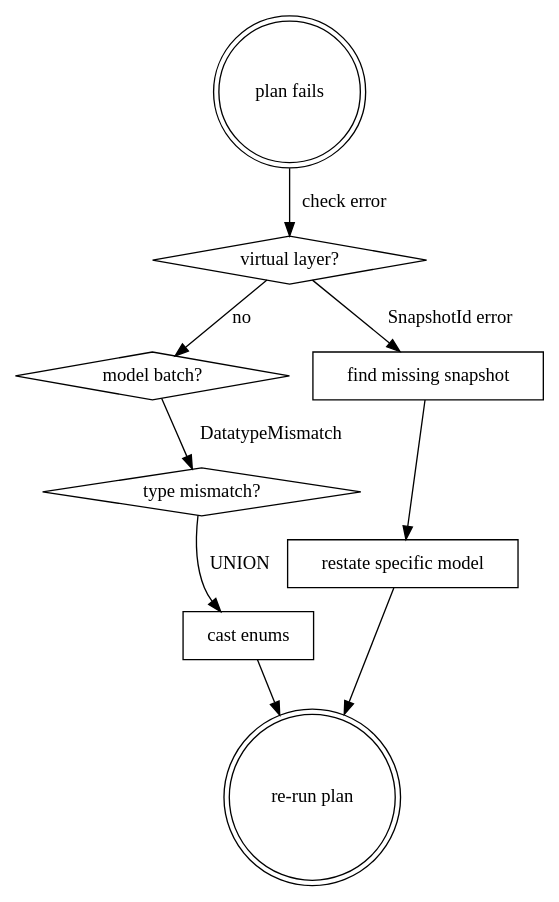
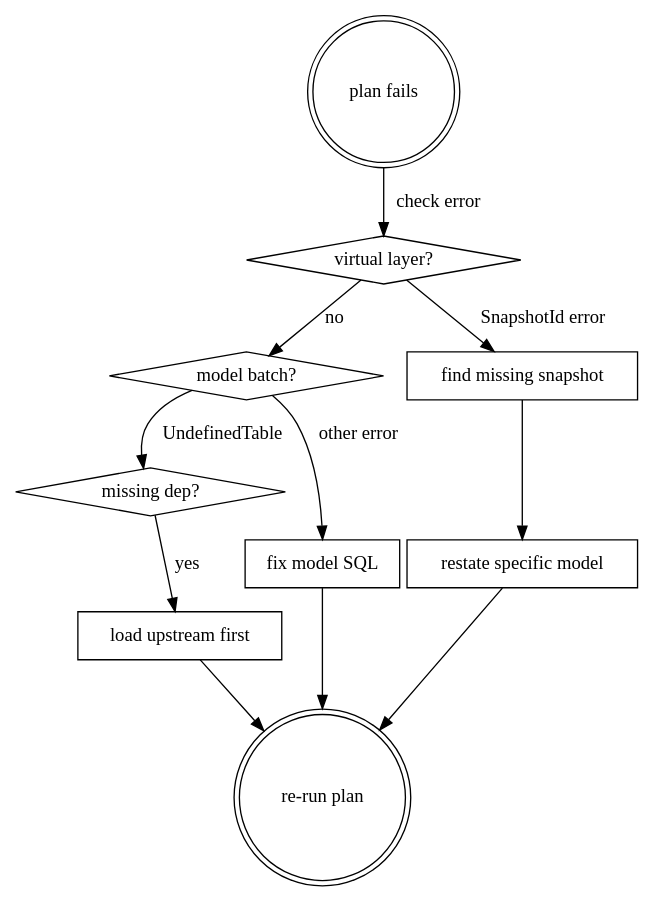
Before and after one commit to covoiturage-gouv-fr/mono: the diagram in .claude/skills/sqlmesh/SKILL.md, drawn with Graphviz. The commit also changed other lines of this file and 88 other files, not shown here.

````diff
--- a/.claude/skills/sqlmesh/SKILL.md
+++ b/.claude/skills/sqlmesh/SKILL.md
@@ -178,23 +320,26 @@
 ```dot
 digraph debug_flow {
   "plan fails" [shape=doublecircle];
   "virtual layer?" [shape=diamond];
   "model batch?" [shape=diamond];
-  "type mismatch?" [shape=diamond];
+  "missing dep?" [shape=diamond];
 
   "find missing snapshot" [shape=box];
   "restate specific model" [shape=box];
-  "cast enums" [shape=box];
+  "load upstream first" [shape=box];
+  "fix model SQL" [shape=box];
   "re-run plan" [shape=doublecircle];
 
   "plan fails" -> "virtual layer?" [label="check error"];
   "virtual layer?" -> "find missing snapshot" [label="SnapshotId error"];
   "virtual layer?" -> "model batch?" [label="no"];
   "find missing snapshot" -> "restate specific model";
   "restate specific model" -> "re-run plan";
 
-  "model batch?" -> "type mismatch?" [label="DatatypeMismatch"];
-  "type mismatch?" -> "cast enums" [label="UNION"];
-  "cast enums" -> "re-run plan";
+  "model batch?" -> "missing dep?" [label="UndefinedTable"];
+  "missing dep?" -> "load upstream first" [label="yes"];
+  "load upstream first" -> "re-run plan";
+  "model batch?" -> "fix model SQL" [label="other error"];
+  "fix model SQL" -> "re-run plan";
 }
 ```
````
